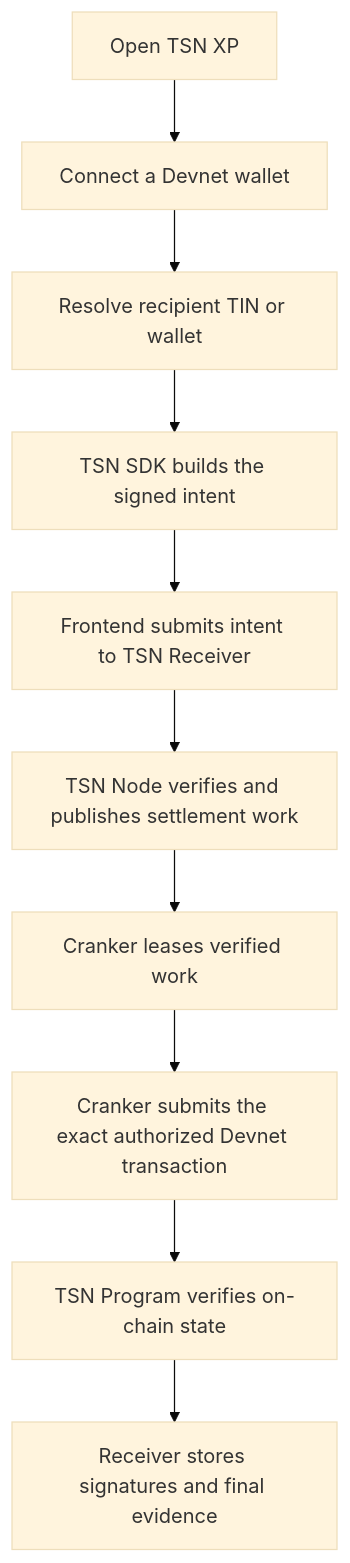
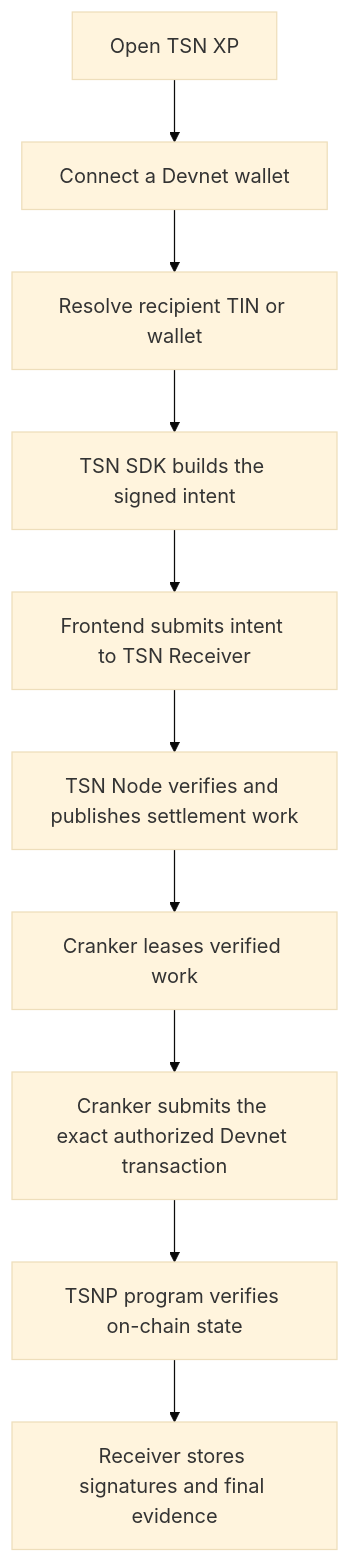
The diagram in docs/GETTING-STARTED-LIVE.md (bigdreamsweb3/trustlink-pay), drawn with Mermaid (base theme) before and after one commit. The commit also changed other lines of this file and 88 other files, not shown here.

````diff
--- a/docs/GETTING-STARTED-LIVE.md
+++ b/docs/GETTING-STARTED-LIVE.md
@@ -42,12 +42,12 @@
 ```mermaid
 flowchart TD
     A["Open TSN XP"] --> B["Connect a Devnet wallet"]
     B --> C["Resolve recipient TIN or wallet"]
     C --> D["TSN SDK builds the signed intent"]
     D --> E["Frontend submits intent to TSN Receiver"]
     E --> F["TSN Node verifies and publishes settlement work"]
     F --> G["Cranker leases verified work"]
     G --> H["Cranker submits the exact authorized Devnet transaction"]
-    H --> I["TSN Program verifies on-chain state"]
+    H --> I["TSNP program verifies on-chain state"]
     I --> J["Receiver stores signatures and final evidence"]
 ```
````
